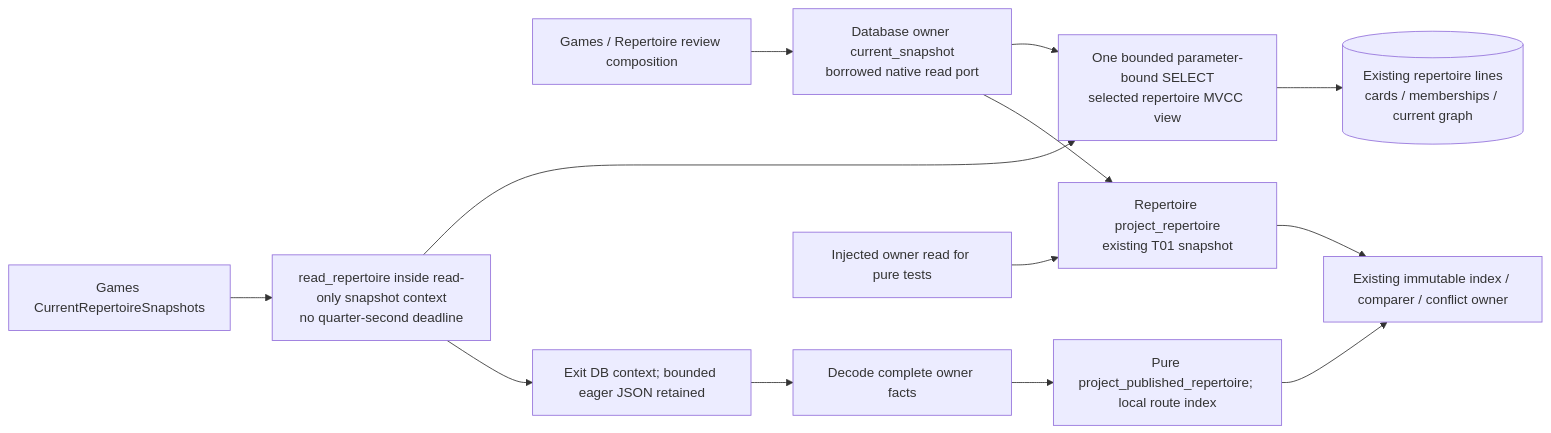
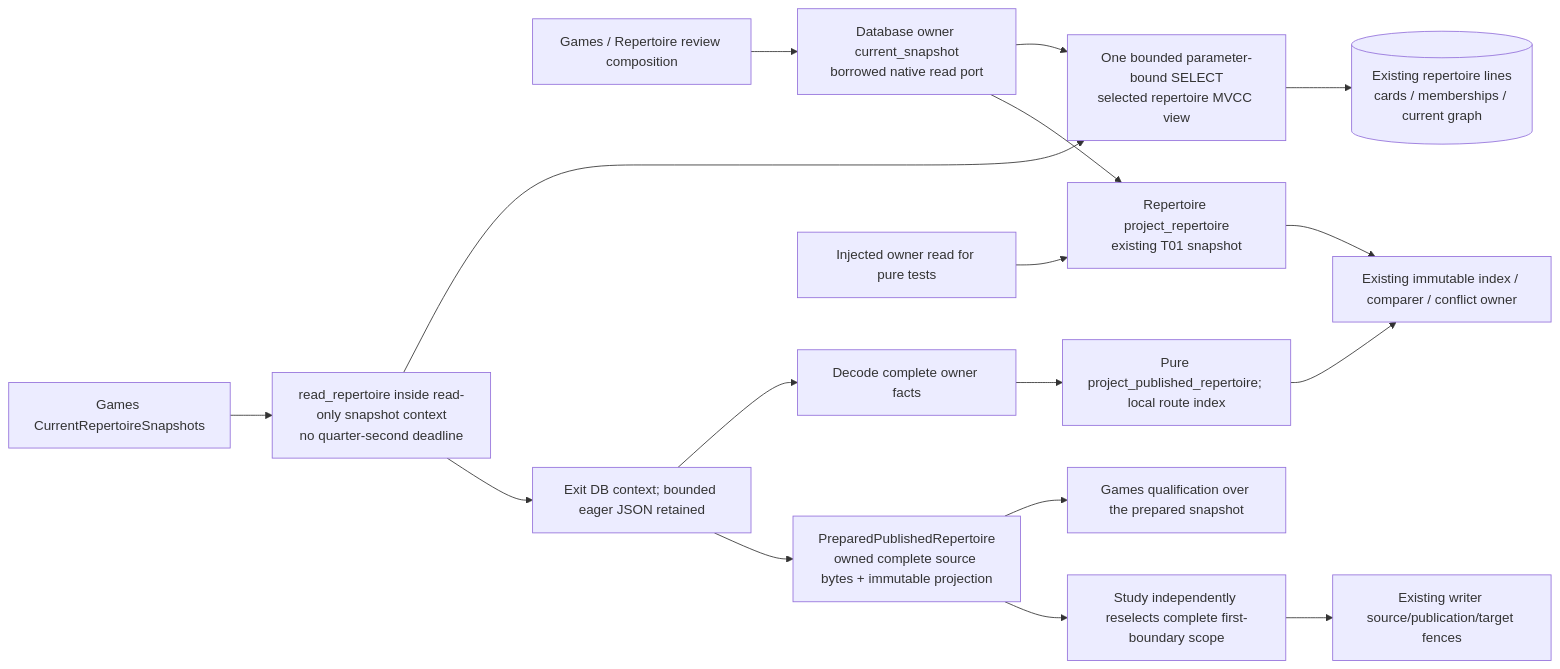
Before and after one commit to aaweaver-actuary/tempo: the second of 2 diagrams in backend/app/repertoire/README.md, drawn with Mermaid. The commit also changed other lines of this file and 8 other files, not shown here.

Commit message:
Reuse Repertoire-owned publication preparation in Study authority

````diff
--- a/backend/app/repertoire/README.md
+++ b/backend/app/repertoire/README.md
@@ -218,15 +220,19 @@
 ```mermaid
 flowchart LR
   Composition["Games / Repertoire review composition"] --> Reader["Database owner current_snapshot\nborrowed native read port"]
   Reader --> Select["One bounded parameter-bound SELECT\nselected repertoire MVCC view"]
   Select --> Existing[("Existing repertoire lines\ncards / memberships / current graph")]
   Reader --> Project["Repertoire project_repertoire\nexisting T01 snapshot"]
   Games["Games CurrentRepertoireSnapshots"] --> ReadFacts["read_repertoire inside read-only snapshot context\nno quarter-second deadline"]
   ReadFacts --> Select
   ReadFacts --> Closed["Exit DB context; bounded eager JSON retained"]
   Closed --> Decode["Decode complete owner facts"]
   Decode --> Published["Pure project_published_repertoire; local route index"]
   Published --> Consumers
   Injected["Injected owner read for pure tests"] --> Project
   Project --> Consumers["Existing immutable index / comparer / conflict owner"]
+  Closed --> Prepared["PreparedPublishedRepertoire\nowned complete source bytes + immutable projection"]
+  Prepared --> Qualify["Games qualification over the prepared snapshot"]
+  Prepared --> Study["Study independently reselects complete first-boundary scope"]
+  Study --> Fence["Existing writer source/publication/target fences"]
 ```
````
